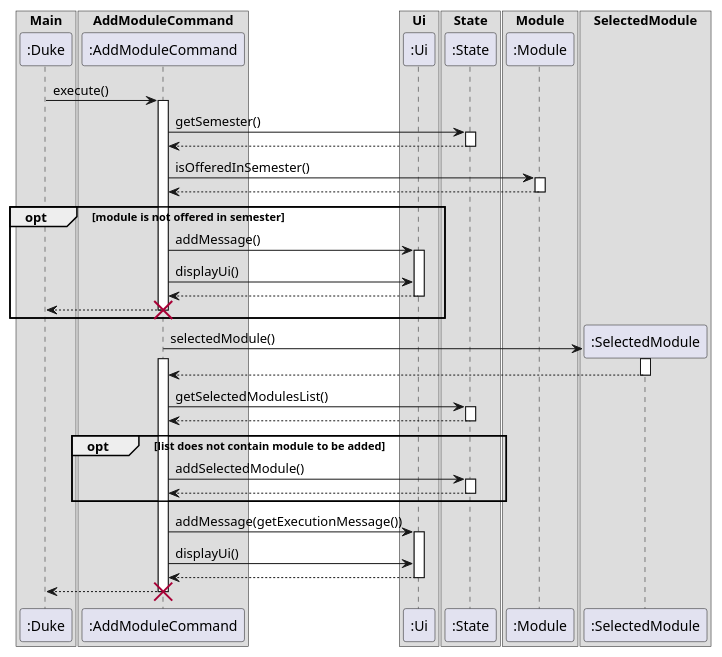
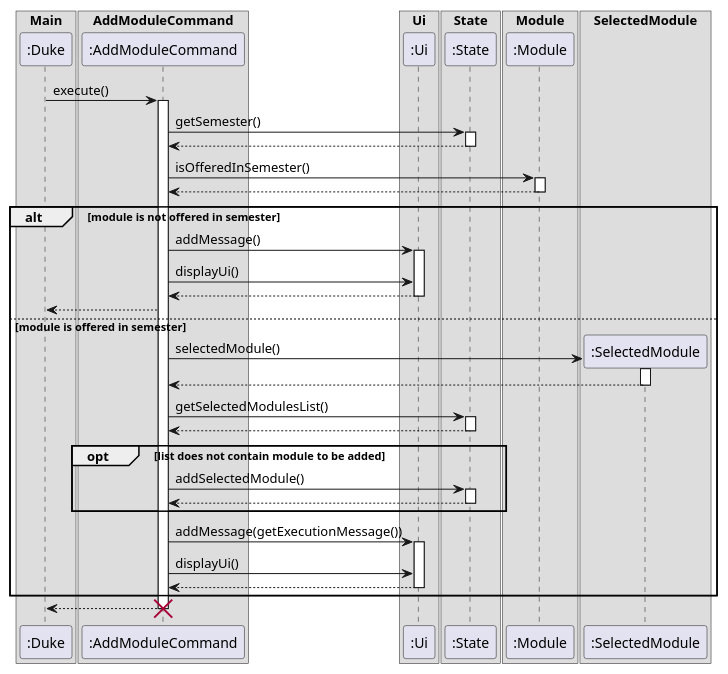
One commit to nus-cs2113-AY2223S1/tp changed the diagram in docs/UMLdiagrams/AddModuleCommandSequenceDiagram.puml. Above: the diagram before and after it, drawn with PlantUML. The commit also changed 6 other files, not shown here.

Commit message:
edited addmodule sequence diagram

```diff
--- a/docs/UMLdiagrams/AddModuleCommandSequenceDiagram.puml
+++ b/docs/UMLdiagrams/AddModuleCommandSequenceDiagram.puml
@@ -1,70 +1,70 @@
 @startuml
 box Main
 Participant ":Duke" as Duke
 end box
 box AddModuleCommand
 Participant ":AddModuleCommand" as AddModuleCommand
 end box
 box Ui
 Participant ":Ui" as Ui
 end box
 box State
 Participant ":State" as State
 end box
 box Module
 Participant ":Module" as Module
 end box
 box SelectedModule
 Participant ":SelectedModule" as SelectedModule
 end box
 
 Duke -> AddModuleCommand : execute()
 activate AddModuleCommand
 AddModuleCommand -> State : getSemester()
 activate State
 State --> AddModuleCommand
 deactivate State
 AddModuleCommand -> Module :isOfferedInSemester()
 activate Module
 Module --> AddModuleCommand
 deactivate Module
 
 
-opt module is not offered in semester
+alt module is not offered in semester
 AddModuleCommand -> Ui: addMessage()
 activate Ui
 AddModuleCommand -> Ui: displayUi()
 Ui --> AddModuleCommand
 deactivate Ui
 AddModuleCommand --> Duke
-destroy AddModuleCommand
-end
 
+else module is offered in semester
 create SelectedModule
 AddModuleCommand -> SelectedModule : selectedModule()
-activate AddModuleCommand
+'activate AddModuleCommand
 activate SelectedModule
 SelectedModule --> AddModuleCommand
 deactivate SelectedModule
 AddModuleCommand -> State : getSelectedModulesList()
 activate State
 State --> AddModuleCommand
 deactivate State
 
 opt list does not contain module to be added
-    AddModuleCommand -> State : addSelectedModule()
-    activate State
-    State --> AddModuleCommand
-    deactivate State
-end opt
+AddModuleCommand -> State : addSelectedModule()
+activate State
+State --> AddModuleCommand
+deactivate State
+end
 
 AddModuleCommand -> Ui :addMessage(getExecutionMessage())
 activate Ui
 AddModuleCommand -> Ui :displayUi()
 Ui --> AddModuleCommand :
 deactivate Ui
+end
 
 AddModuleCommand --> Duke
 destroy AddModuleCommand
 
 @enduml
```
